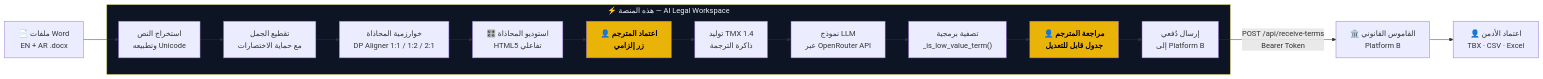
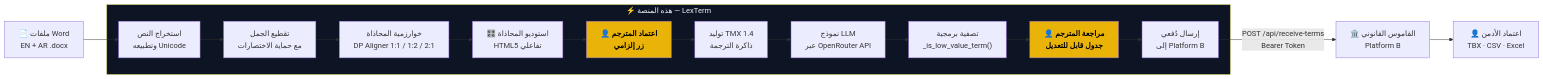
The diagram in README.md (yousefdg005/qwqw), drawn with Mermaid before and after one commit. The commit also changed other lines of this file, not shown here.

Commit message:
Rename platform to LexTerm in README (keep uploaded doc structure)

````diff
--- a/README.md
+++ b/README.md
@@ -50,24 +50,24 @@
 ```mermaid
 flowchart LR
     A["📄 ملفات Word\nEN + AR .docx"] --> B
 
-    subgraph P1["⚡ هذه المنصة — AI Legal Workspace"]
+    subgraph P1["⚡ هذه المنصة — LexTerm"]
         B["استخراج النص\nوتطبيعه Unicode"] --> C
         C["تقطيع الجمل\nمع حماية الاختصارات"] --> D
         D["خوارزمية المحاذاة\nDP Aligner 1:1 / 1:2 / 2:1"] --> E
         E["🎛️ استوديو المحاذاة\nHTML5 تفاعلي"] --> F
         F["👤 اعتماد المترجم\nزر إلزامي"] --> G
         G["توليد TMX 1.4\nذاكرة الترجمة"] --> H
         H["نموذج LLM\nعبر OpenRouter API"] --> I
         I["تصفية برمجية\n_is_low_value_term()"] --> J
         J["👤 مراجعة المترجم\nجدول قابل للتعديل"] --> K
         K["إرسال دُفعي\nإلى Platform B"]
     end
 
     K -->|"POST /api/receive-terms\nBearer Token"| L["🏛️ القاموس القانوني\nPlatform B"]
     L --> M["👤 اعتماد الأدمن\nTBX · CSV · Excel"]
 
     style F fill:#EAB308,color:#000,font-weight:bold
     style J fill:#EAB308,color:#000,font-weight:bold
     style P1 fill:#0D1424,color:#EEF2F8
 ```
````
